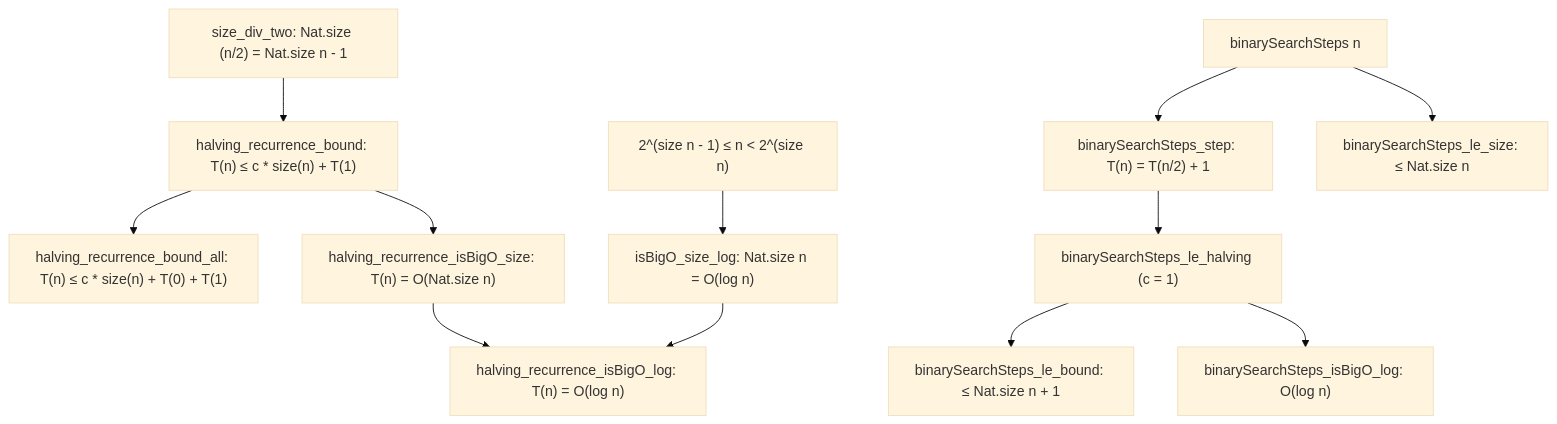
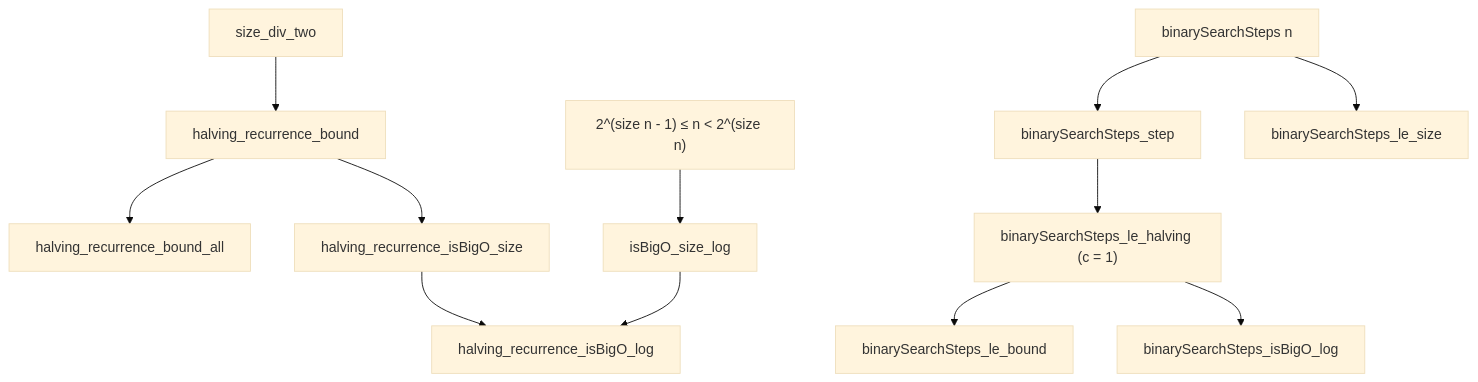
One commit to tanaeem-moosa/amort changed the diagram in Amort/Recurrence/HalvingAndBinarySearch.md. Above: the diagram before and after it, drawn with Mermaid (base theme). The commit also changed other lines of this file and 169 other files, not shown here.

````diff
--- a/Amort/Recurrence/HalvingAndBinarySearch.md
+++ b/Amort/Recurrence/HalvingAndBinarySearch.md
@@ -27,17 +32,17 @@
 ```mermaid
 graph TD
-    divSize["size_div_two: Nat.size (n/2) = Nat.size n - 1"] --> halvingBound["halving_recurrence_bound: T(n) ≤ c * size(n) + T(1)"]
-    halvingBound --> halvingAll["halving_recurrence_bound_all: T(n) ≤ c * size(n) + T(0) + T(1)"]
+    divSize["size_div_two"] --> halvingBound["halving_recurrence_bound"]
+    halvingBound --> halvingAll["halving_recurrence_bound_all"]
     
-    twoPow["2^(size n - 1) ≤ n < 2^(size n)"] --> sizeLog["isBigO_size_log: Nat.size n = O(log n)"]
+    twoPow["2^(size n - 1) ≤ n < 2^(size n)"] --> sizeLog["isBigO_size_log"]
     
-    halvingBound --> halvingBigOSize["halving_recurrence_isBigO_size: T(n) = O(Nat.size n)"]
-    halvingBigOSize --> halvingBigOLog["halving_recurrence_isBigO_log: T(n) = O(log n)"]
+    halvingBound --> halvingBigOSize["halving_recurrence_isBigO_size"]
+    halvingBigOSize --> halvingBigOLog["halving_recurrence_isBigO_log"]
     sizeLog --> halvingBigOLog
     
-    bsDef["binarySearchSteps n"] --> bsStep["binarySearchSteps_step: T(n) = T(n/2) + 1"]
+    bsDef["binarySearchSteps n"] --> bsStep["binarySearchSteps_step"]
     bsStep --> bsLeHalv["binarySearchSteps_le_halving (c = 1)"]
-    bsLeHalv --> bsBound["binarySearchSteps_le_bound: ≤ Nat.size n + 1"]
-    bsLeHalv --> bsBigO["binarySearchSteps_isBigO_log: O(log n)"]
-    bsDef --> bsSize["binarySearchSteps_le_size: ≤ Nat.size n"]
+    bsLeHalv --> bsBound["binarySearchSteps_le_bound"]
+    bsLeHalv --> bsBigO["binarySearchSteps_isBigO_log"]
+    bsDef --> bsSize["binarySearchSteps_le_size"]
 ```
````
